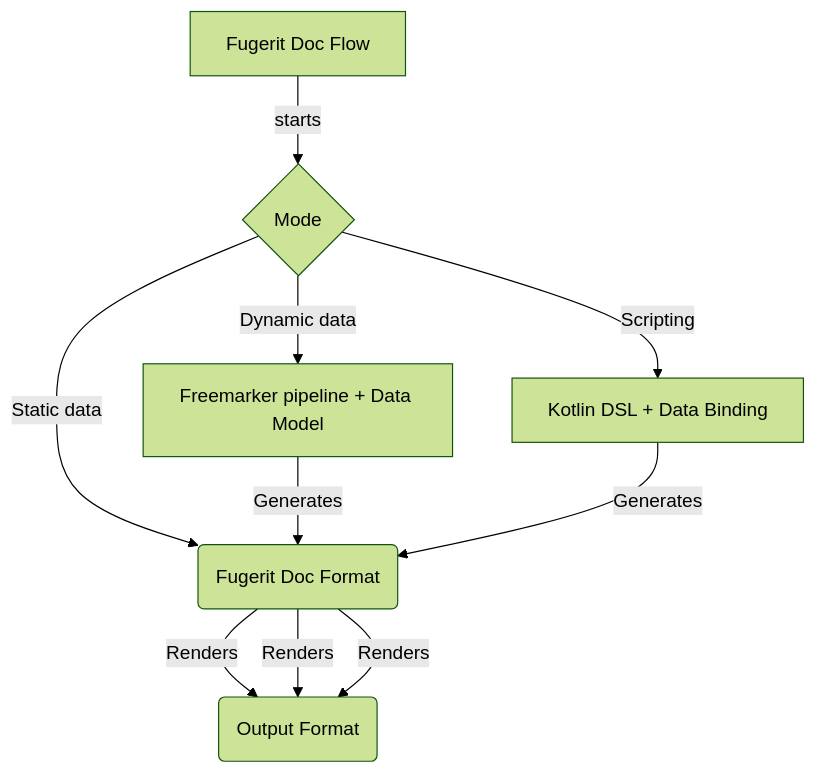
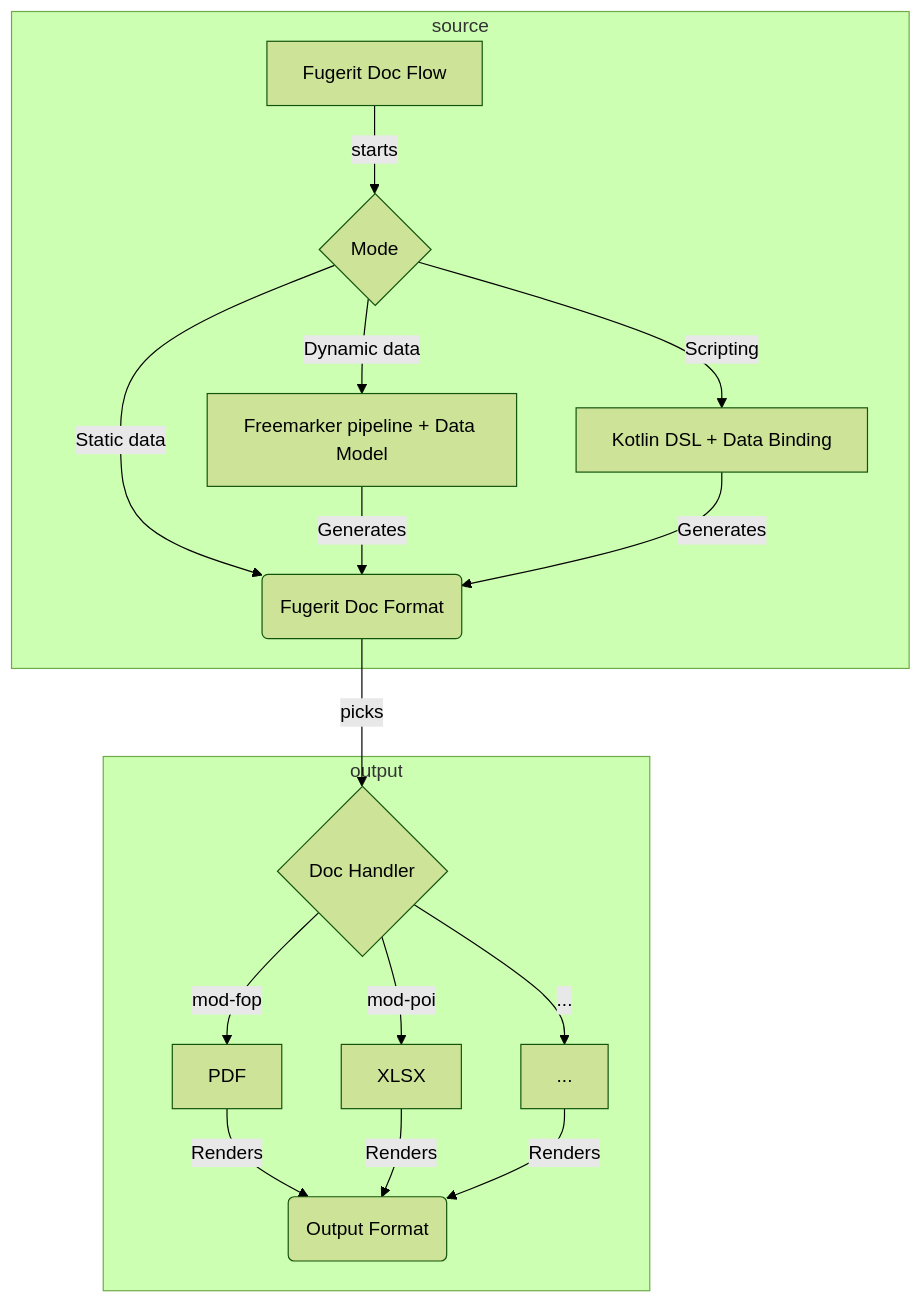
The second of 2 diagrams in fj-doc-guide/src/main/docs/asciidoc/chapters/00_introduction.adoc (fugerit-org/fj-doc), drawn with Mermaid (forest theme) before and after one commit. The commit also changed 3 other files, not shown here.

```diff
--- a/fj-doc-guide/src/main/docs/asciidoc/chapters/00_introduction.adoc
+++ b/fj-doc-guide/src/main/docs/asciidoc/chapters/00_introduction.adoc
@@ -29,8 +29,17 @@
 [mermaid, title="Fugerit Venus Doc Typical Flow"]
 ....
-flowchart TD
+flowchart TB
+    D -->|picks| H
+    subgraph source
     A[Fugerit Doc Flow] -->|starts| C{Mode}
-    C -->|Static data| D[Fugerit Doc Format] -->|Renders| F(Output Format)
-    C -->|Dynamic data| E[Freemarker pipeline + Data Model] --> |Generates| D(Fugerit Doc Format) -->|Renders| F(Output Format)
-    C -->|Scripting| G[Kotlin DSL + Data Binding] --> |Generates| D(Fugerit Doc Format) -->|Renders| F(Output Format)
+    C -->|Static data| D[Fugerit Doc Format]
+    C -->|Dynamic data| E[Freemarker pipeline + Data Model] --> |Generates| D(Fugerit Doc Format)
+    C -->|Scripting| G[Kotlin DSL + Data Binding] --> |Generates| D(Fugerit Doc Format)
+    end
+    subgraph output
+    H{Doc Handler}
+    H -->|mod-fop| L[PDF] -->|Renders| F(Output Format)
+    H -->|mod-poi| M[XLSX] -->|Renders| F(Output Format)
+    H -->|...| N[...] -->|Renders| F(Output Format)
+    end
 ....
```
